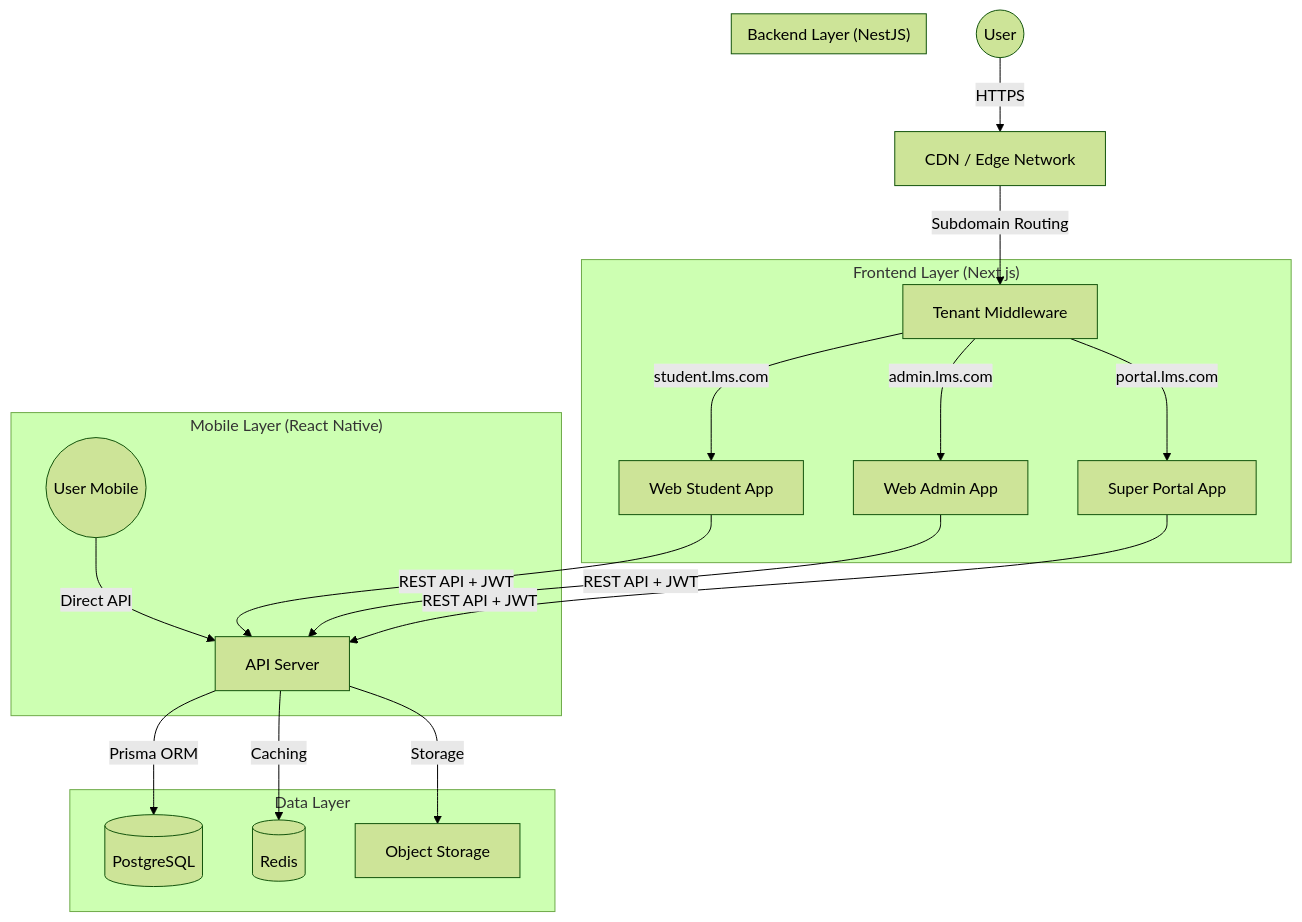
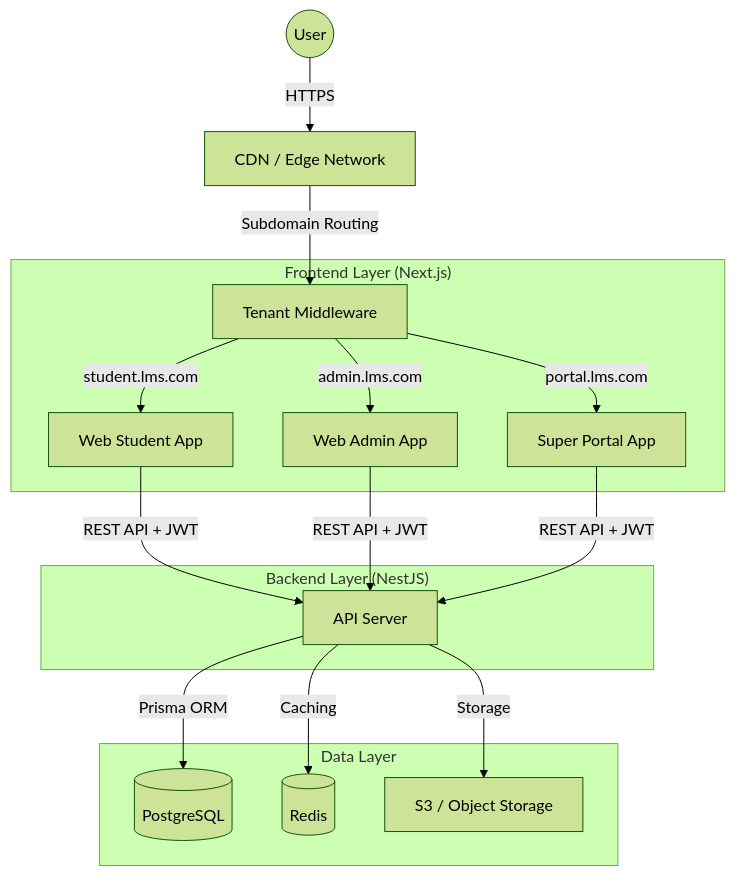
One commit to Mrnobody102/lms changed the diagram in docs/ARCHITECTURE.md. Above: the diagram before and after it, drawn with Mermaid (forest theme). The commit also changed other lines of this file and 13 other files, not shown here.

````diff
--- a/docs/ARCHITECTURE.md
+++ b/docs/ARCHITECTURE.md
@@ -13,27 +13,23 @@
 ```mermaid
 graph TD
     User((User)) -->|HTTPS| CDN[CDN / Edge Network]
     CDN -->|Subdomain Routing| Middleware[Tenant Middleware]
 
     subgraph "Frontend Layer (Next.js)"
         Middleware -->|student.lms.com| AppsStudent[Web Student App]
         Middleware -->|admin.lms.com| AppsAdmin[Web Admin App]
         Middleware -->|portal.lms.com| AppsPortal[Super Portal App]
     end
 
-    subgraph "Mobile Layer (React Native)"
-        UserMobile((User Mobile)) -->|Direct API| APIServer
-    end
-
     subgraph "Backend Layer (NestJS)"
         AppsStudent -->|REST API + JWT| APIServer[API Server]
         AppsAdmin -->|REST API + JWT| APIServer
         AppsPortal -->|REST API + JWT| APIServer
     end
 
     subgraph "Data Layer"
         APIServer -->|Prisma ORM| DB[(PostgreSQL)]
         APIServer -->|Caching| Redis[(Redis)]
-        APIServer -->|Storage| S3[Object Storage]
+        APIServer -->|Storage| S3[S3 / Object Storage]
     end
 ```
````
